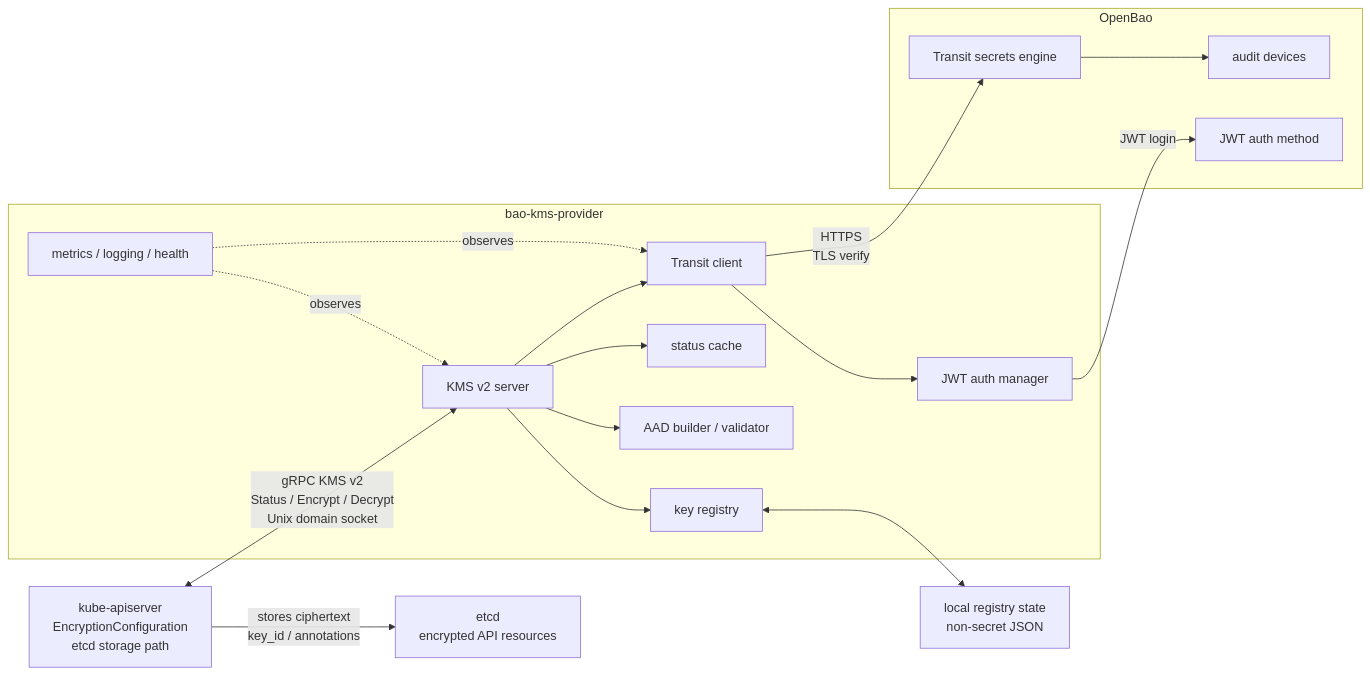
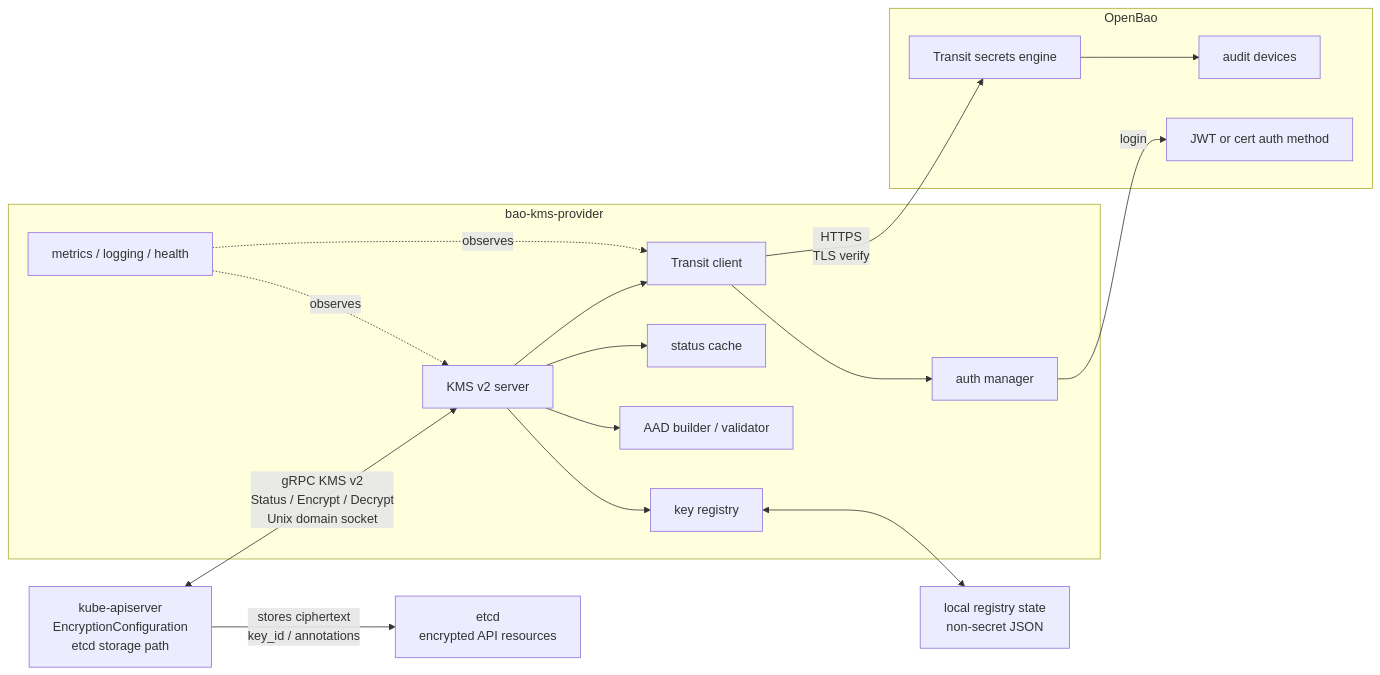
Before and after one commit to dc-tec/openbao-kubernetes-kms: the first of 6 diagrams in docs/architecture/overview.md, drawn with Mermaid. The commit also changed other lines of this file and 30 other files, not shown here.

````diff
--- a/docs/architecture/overview.md
+++ b/docs/architecture/overview.md
@@ -29,36 +29,36 @@
 ```mermaid
 flowchart LR
     API["kube-apiserver<br/>EncryptionConfiguration<br/>etcd storage path"]
     Etcd["etcd<br/>encrypted API resources"]
     StateFile["local registry state<br/>non-secret JSON"]
 
     subgraph Plugin["bao-kms-provider"]
         KMS["KMS v2 server"]
         Registry["key registry"]
         AAD["AAD builder / validator"]
-        AuthManager["JWT auth manager"]
+        AuthManager["auth manager"]
         TransitClient["Transit client"]
         StatusCache["status cache"]
         Observability["metrics / logging / health"]
     end
 
     subgraph Bao["OpenBao"]
-        JWTAuth["JWT auth method"]
+        BaoAuth["JWT or cert auth method"]
         Transit["Transit secrets engine"]
         Audit["audit devices"]
     end
 
     API <-->|gRPC KMS v2<br/>Status / Encrypt / Decrypt<br/>Unix domain socket| KMS
     API -->|stores ciphertext<br/>key_id / annotations| Etcd
     KMS --> Registry
     KMS --> AAD
     KMS --> StatusCache
     KMS --> TransitClient
     Registry <--> StateFile
     TransitClient --> AuthManager
-    AuthManager -->|JWT login| JWTAuth
+    AuthManager -->|login| BaoAuth
     TransitClient -->|HTTPS<br/>TLS verify| Transit
     Transit --> Audit
     Observability -.->|observes| KMS
     Observability -.->|observes| TransitClient
 ```
````
